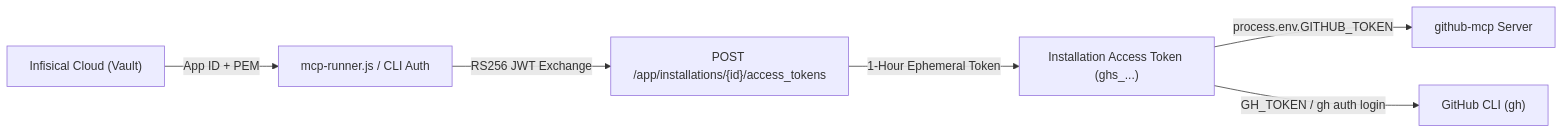
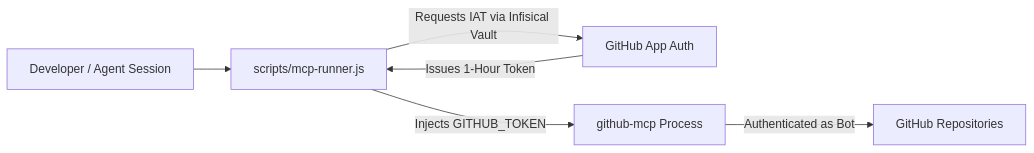
One commit to tupynambalucas-dev/agent-mesh changed the second of 2 diagrams in references/github-app-architecture-and-governance.md. Above: the diagram before and after it, drawn with Mermaid. The commit also changed other lines of this file, not shown here.

Commit message:
feat(references): establish centralized github operator architecture for multi-team governance

````diff
--- a/references/github-app-architecture-and-governance.md
+++ b/references/github-app-architecture-and-governance.md
@@ -85,11 +94,10 @@
 ```mermaid
 graph LR
   direction LR
 
-  Infisical["Infisical Cloud (Vault)"] -->|App ID + PEM| Loader["mcp-runner.js / CLI Auth"]
-  Loader -->|RS256 JWT Exchange| GitHubAuth["POST /app/installations/{id}/access_tokens"]
-  GitHubAuth -->|1-Hour Ephemeral Token| Token["Installation Access Token (ghs_...)"]
-
-  Token -->|process.env.GITHUB_TOKEN| MCP["github-mcp Server"]
-  Token -->|GH_TOKEN / gh auth login| CLI["GitHub CLI (gh)"]
+  Dev["Developer / Agent Session"] --> Runner["scripts/mcp-runner.js"]
+  Runner -->|Requests IAT via Infisical Vault| GitHubAPI["GitHub App Auth"]
+  GitHubAPI -->|Issues 1-Hour Token| Runner
+  Runner -->|Injects GITHUB_TOKEN| MCP["github-mcp Process"]
+  MCP -->|Authenticated as Bot| Repo["GitHub Repositories"]
 ```
````
